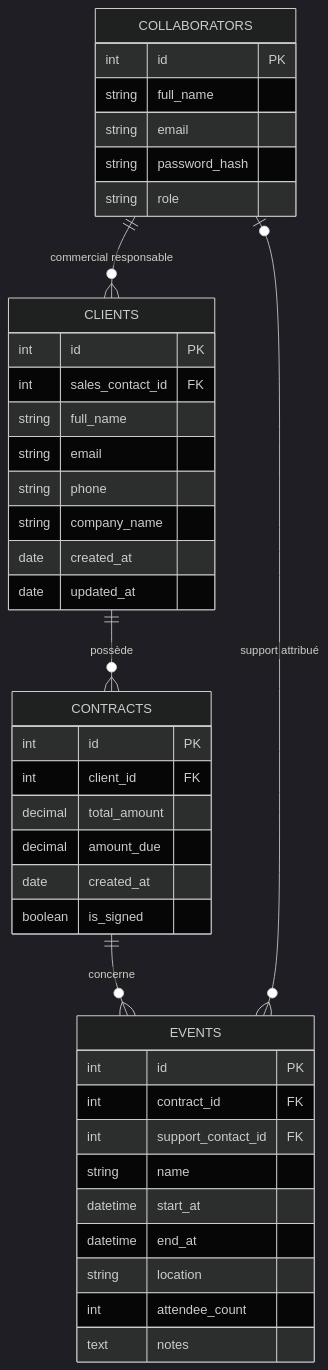
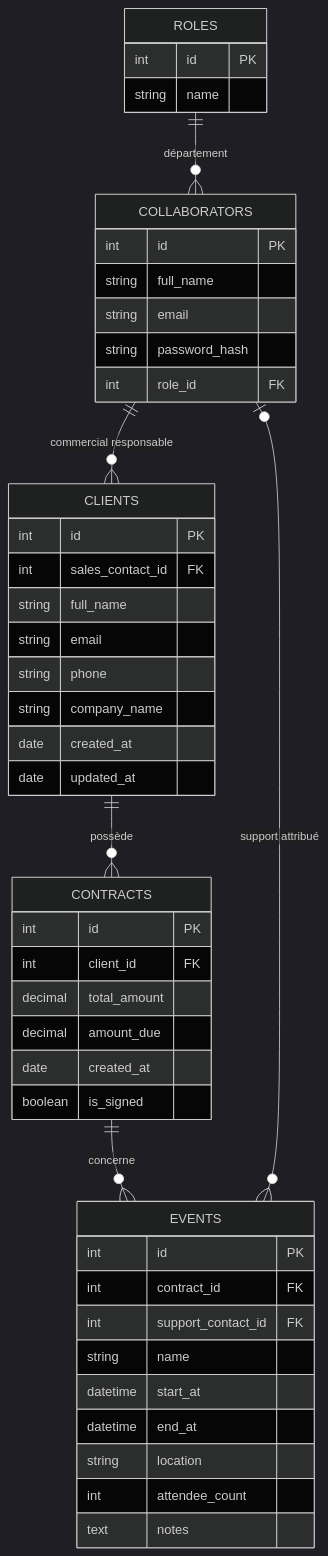
The diagram in README.md (JulienJ-dev/Projet-CRM-Epic-Events), drawn with Mermaid (dark theme) before and after one commit. The commit also changed other lines of this file and 14 other files, not shown here.

````diff
--- a/README.md
+++ b/README.md
@@ -43,44 +43,49 @@
 ```mermaid
 erDiagram
+    ROLES ||--o{ COLLABORATORS : "département"
     COLLABORATORS ||--o{ CLIENTS : "commercial responsable"
     CLIENTS ||--o{ CONTRACTS : "possède"
     CONTRACTS ||--o{ EVENTS : "concerne"
     COLLABORATORS o|--o{ EVENTS : "support attribué"
 
     COLLABORATORS {
         int id PK
         string full_name
         string email
         string password_hash
-        string role
+        int role_id FK
+    }
+    ROLES {
+        int id PK
+        string name
     }
     CLIENTS {
         int id PK
         int sales_contact_id FK
         string full_name
         string email
         string phone
         string company_name
         date created_at
         date updated_at
     }
     CONTRACTS {
         int id PK
         int client_id FK
         decimal total_amount
         decimal amount_due
         date created_at
         boolean is_signed
     }
     EVENTS {
         int id PK
         int contract_id FK
         int support_contact_id FK
         string name
         datetime start_at
         datetime end_at
         string location
         int attendee_count
         text notes
     }
 ```
````
